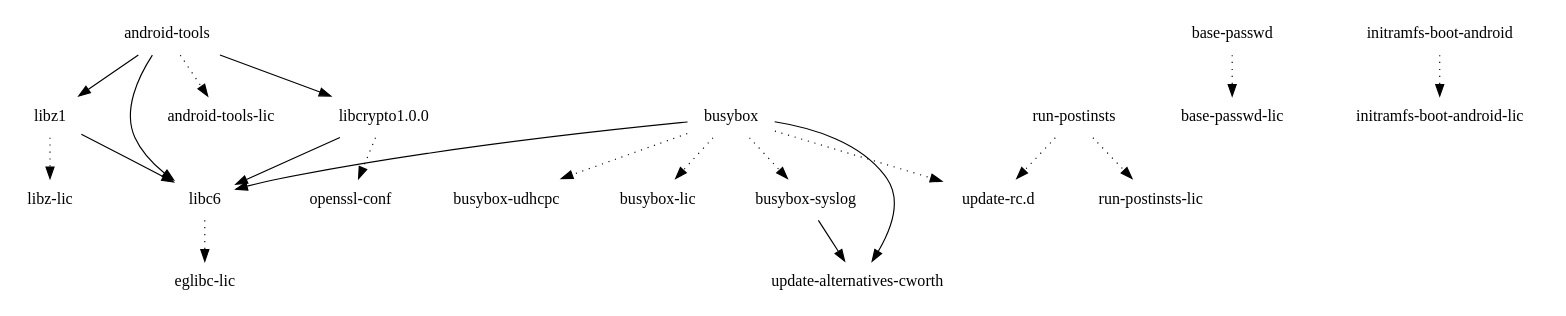
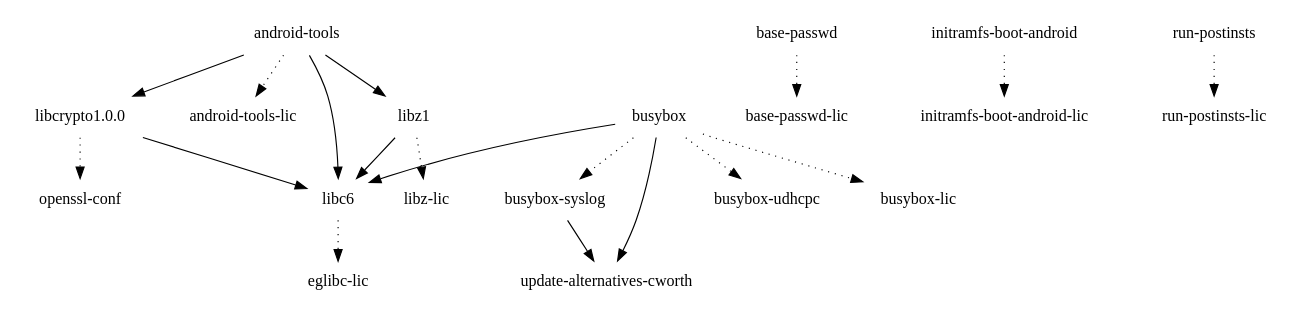
The diagram in images/maguro/eglibc/initramfs-android-image/depends-nokernel.dot (webOS-ports/buildhistory), drawn with Graphviz before and after one commit. The commit also changed 8 other files, not shown here.

```diff
--- a/images/maguro/eglibc/initramfs-android-image/depends-nokernel.dot
+++ b/images/maguro/eglibc/initramfs-android-image/depends-nokernel.dot
@@ -1,23 +1,21 @@
 digraph depends {
     node [shape=plaintext]
 "android-tools" -> "android-tools-lic" [style=dotted];
 "android-tools" -> "libc6";
 "android-tools" -> "libcrypto1.0.0";
 "android-tools" -> "libz1";
 "base-passwd" -> "base-passwd-lic" [style=dotted];
 "busybox" -> "busybox-lic" [style=dotted];
 "busybox" -> "busybox-syslog" [style=dotted];
 "busybox" -> "busybox-udhcpc" [style=dotted];
 "busybox" -> "libc6";
 "busybox" -> "update-alternatives-cworth";
-"busybox" -> "update-rc.d" [style=dotted];
 "busybox-syslog" -> "update-alternatives-cworth";
 "initramfs-boot-android" -> "initramfs-boot-android-lic" [style=dotted];
 "libc6" -> "eglibc-lic" [style=dotted];
 "libcrypto1.0.0" -> "libc6";
 "libcrypto1.0.0" -> "openssl-conf" [style=dotted];
 "libz1" -> "libc6";
 "libz1" -> "libz-lic" [style=dotted];
 "run-postinsts" -> "run-postinsts-lic" [style=dotted];
-"run-postinsts" -> "update-rc.d" [style=dotted];
 }
```
